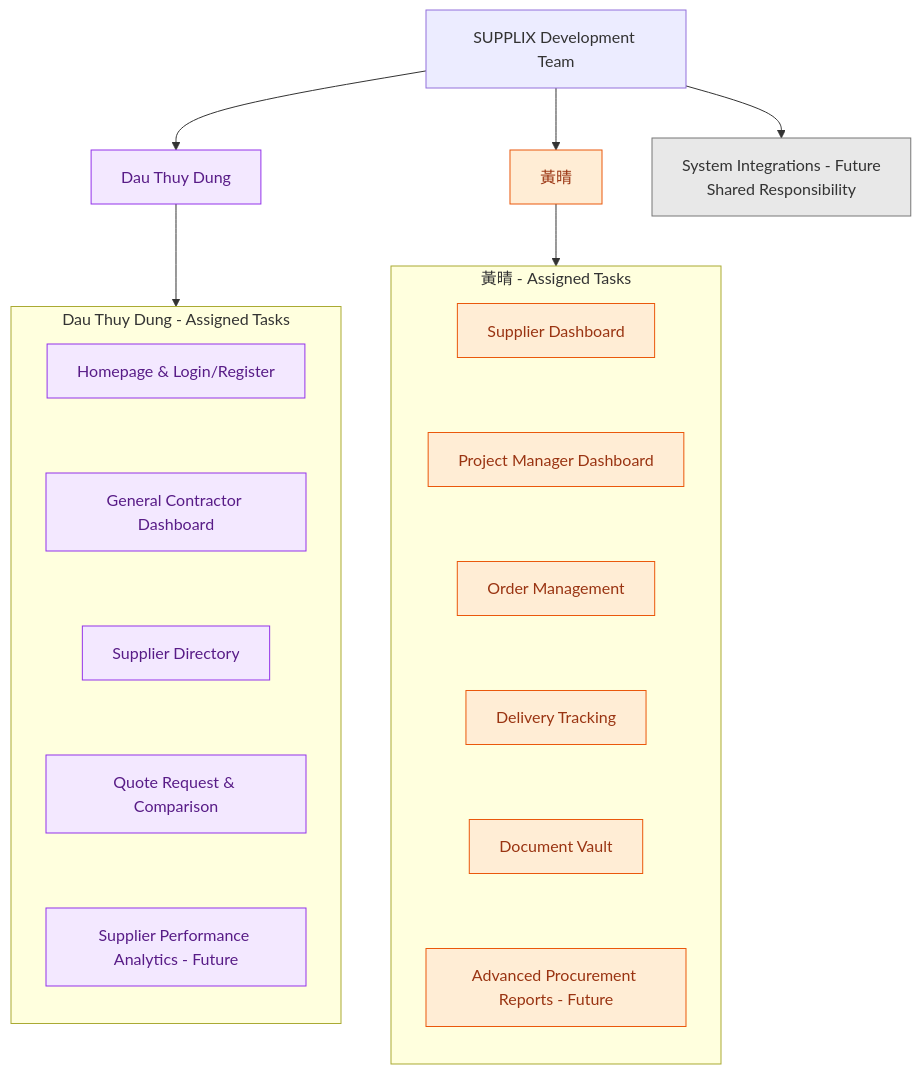
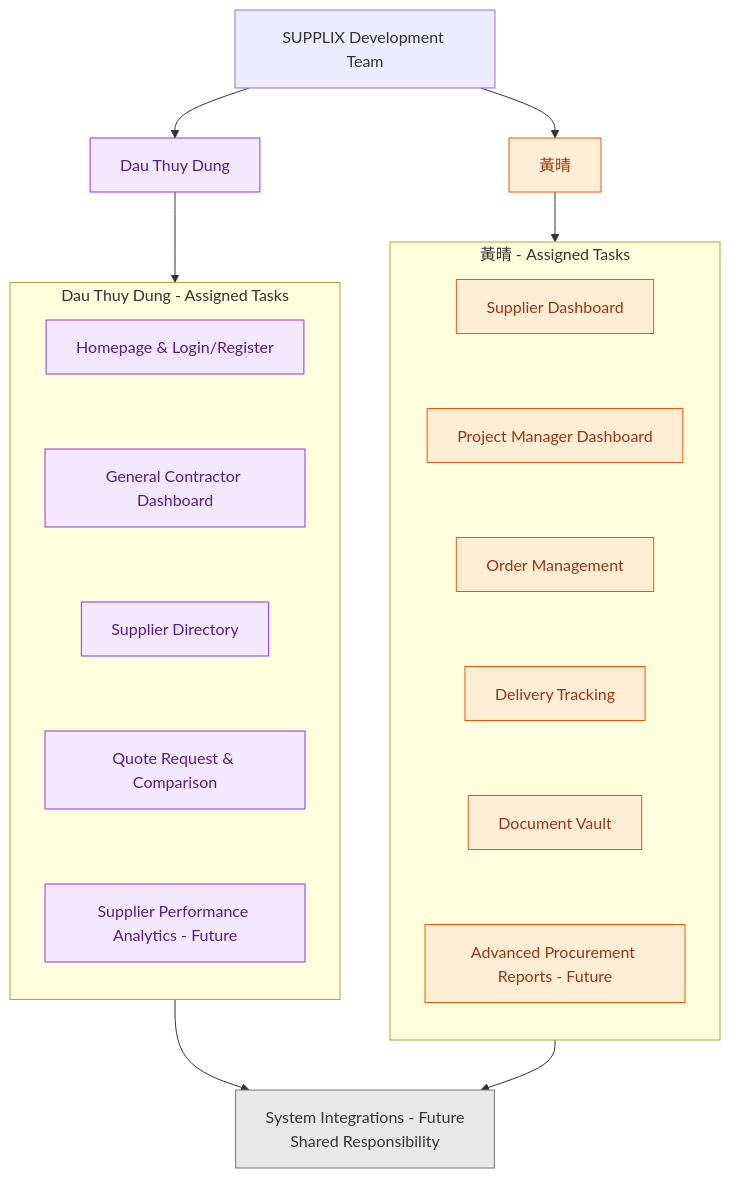
The second of 2 diagrams in README.md (dauthuydung/construction-supplier-management-SUPPLIX), drawn with Mermaid before and after one commit.

Commit message:
Fix team responsibility chart layout

````diff
--- a/README.md
+++ b/README.md
@@ -110,50 +110,51 @@
 ```mermaid
 flowchart TB
     A["SUPPLIX Development Team"]
 
     A --> B["Dau Thuy Dung"]
     A --> C["黃晴"]
 
     subgraph M1["Dau Thuy Dung - Assigned Tasks"]
         direction TB
         D["Homepage & Login/Register"]
         E["General Contractor Dashboard"]
         F["Supplier Directory"]
         G["Quote Request & Comparison"]
         R["Supplier Performance Analytics - Future"]
 
         D ~~~ E
         E ~~~ F
         F ~~~ G
         G ~~~ R
     end
 
     subgraph M2["黃晴 - Assigned Tasks"]
         direction TB
         H["Supplier Dashboard"]
         I["Project Manager Dashboard"]
         J["Order Management"]
         K["Delivery Tracking"]
         L["Document Vault"]
         S["Advanced Procurement Reports - Future"]
 
         H ~~~ I
         I ~~~ J
         J ~~~ K
         K ~~~ L
         L ~~~ S
     end
 
-    B --> D
-    C --> H
+    B --> M1
+    C --> M2
 
-    A --> T["System Integrations - Future<br/>Shared Responsibility"]
+    M1 --> T["System Integrations - Future<br/>Shared Responsibility"]
+    M2 --> T
 
     classDef member1 fill:#F3E8FF,stroke:#9333EA,color:#581C87
     classDef member2 fill:#FFEDD5,stroke:#EA580C,color:#9A3412
     classDef shared fill:#E8E8E8,stroke:#777777,color:#333333
 
     class B,D,E,F,G,R member1
     class C,H,I,J,K,L,S member2
     class T shared
 ```
````
